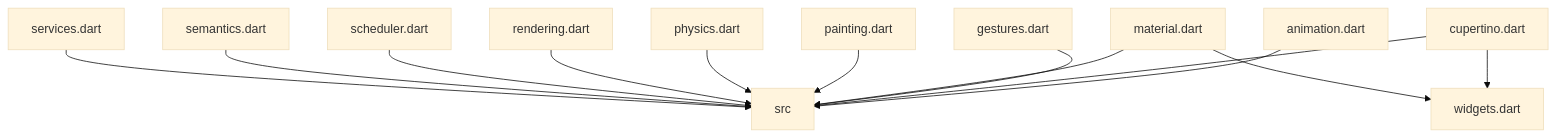
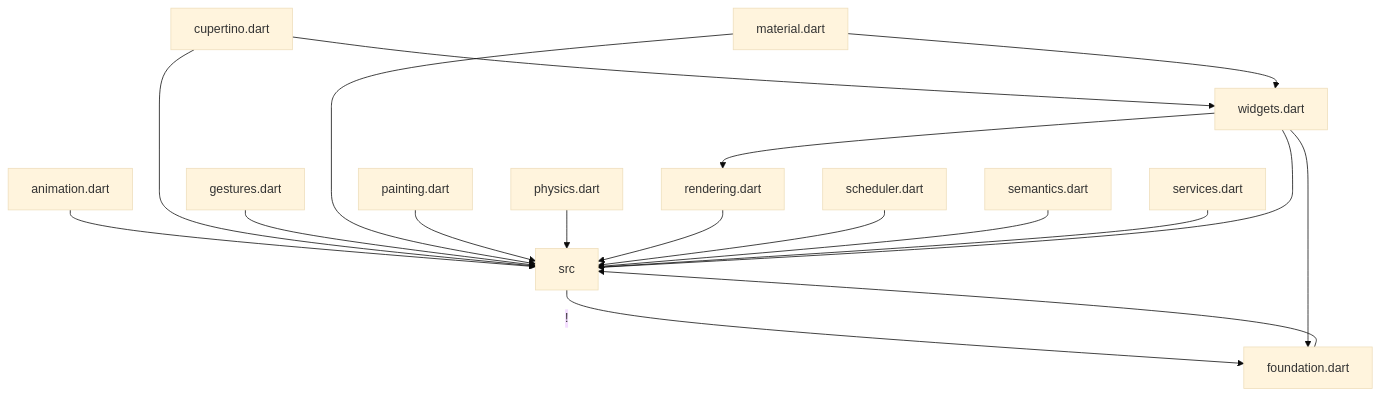
The diagram in packages/flutter/lib/DEPENDENCIES.md (polina-c/flutter), drawn with Mermaid (base theme) before and after one commit. The commit also changed other lines of this file and 13 other files, not shown here.

````diff
--- a/packages/flutter/lib/DEPENDENCIES.md
+++ b/packages/flutter/lib/DEPENDENCIES.md
@@ -5,15 +6,20 @@
 ```mermaid
 flowchart TD;
 animation.dart-->src;
 cupertino.dart-->src;
 cupertino.dart-->widgets.dart;
+foundation.dart-->src;
 gestures.dart-->src;
 material.dart-->src;
 material.dart-->widgets.dart;
 painting.dart-->src;
 physics.dart-->src;
 rendering.dart-->src;
 scheduler.dart-->src;
 semantics.dart-->src;
 services.dart-->src;
+src--!-->foundation.dart;
+widgets.dart-->foundation.dart;
+widgets.dart-->rendering.dart;
+widgets.dart-->src;
 ```
````
